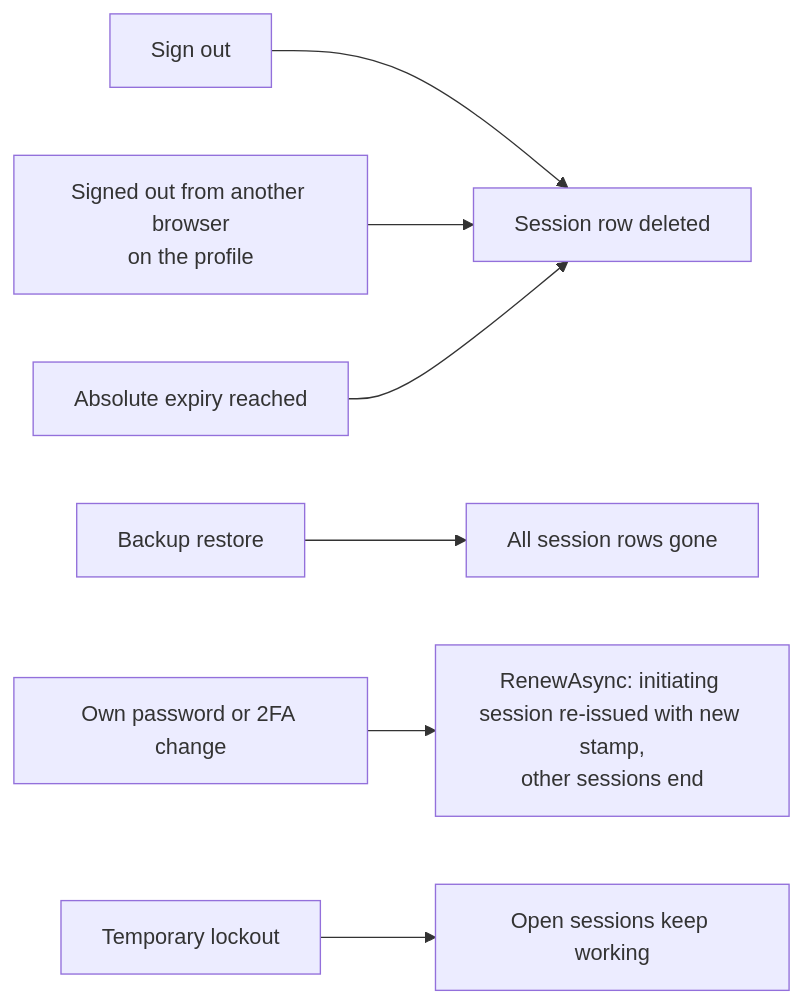
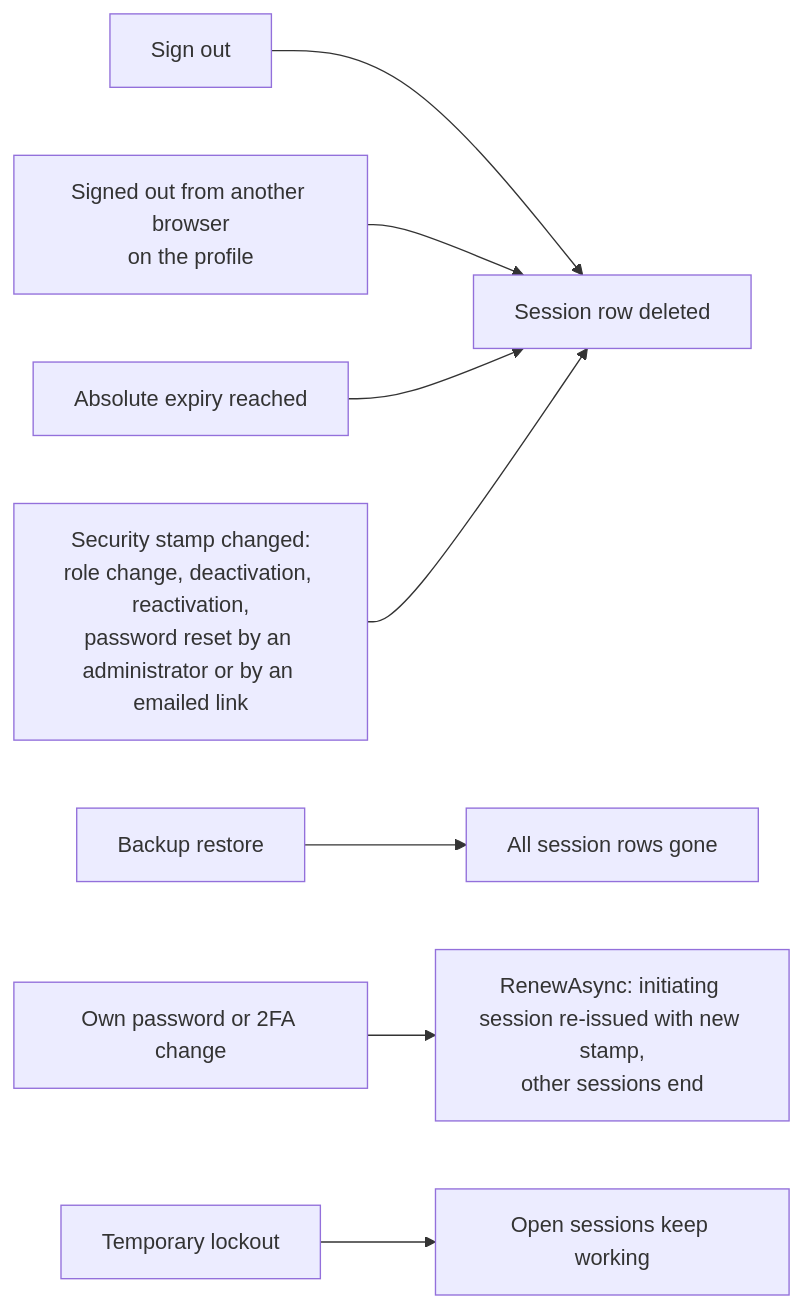
The fourth of 5 diagrams in docs/features/02. Sign-in, sessions and lockout.md (Justxs/Jx-Finance), drawn with Mermaid before and after one commit. The commit also changed other lines of this file and 152 other files, not shown here.

````diff
--- a/docs/features/02. Sign-in, sessions and lockout.md
+++ b/docs/features/02. Sign-in, sessions and lockout.md
@@ -55,9 +71,10 @@
 ```mermaid
 flowchart LR
     Logout["Sign out"] --> End["Session row deleted"]
     Revoked["Signed out from another browser<br/>on the profile"] --> End
     Expiry["Absolute expiry reached"] --> End
+    Stamp["Security stamp changed:<br/>role change, deactivation, reactivation,<br/>password reset by an administrator or by an emailed link"] --> End
     Restore["Backup restore"] --> AllEnd["All session rows gone"]
     Own["Own password or 2FA change"] --> Renew["RenewAsync: initiating session re-issued with new stamp,<br/>other sessions end"]
     Lock["Temporary lockout"] --> Keep["Open sessions keep working"]
 ```
````
